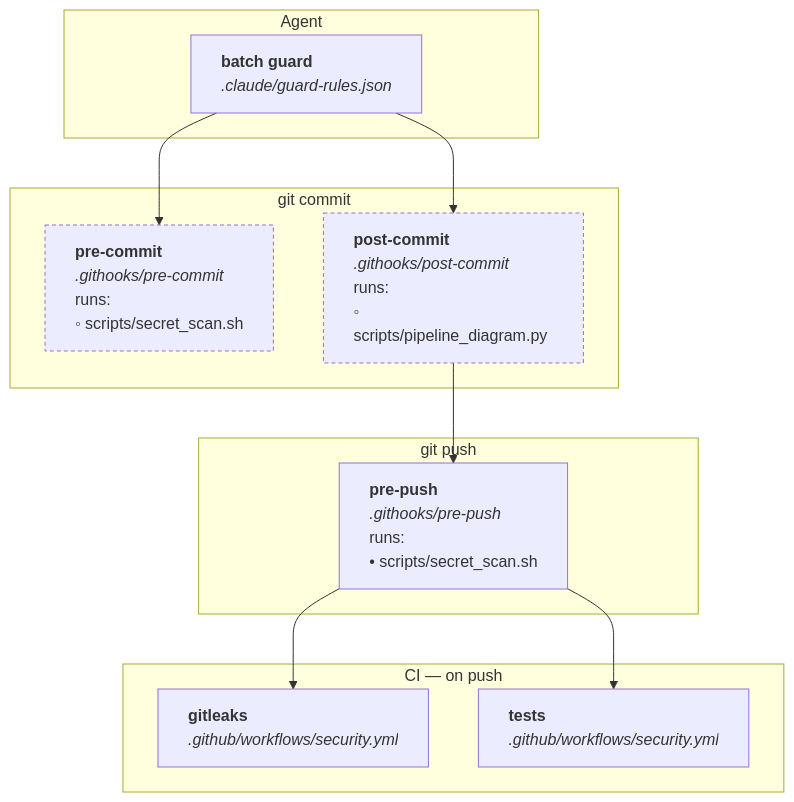
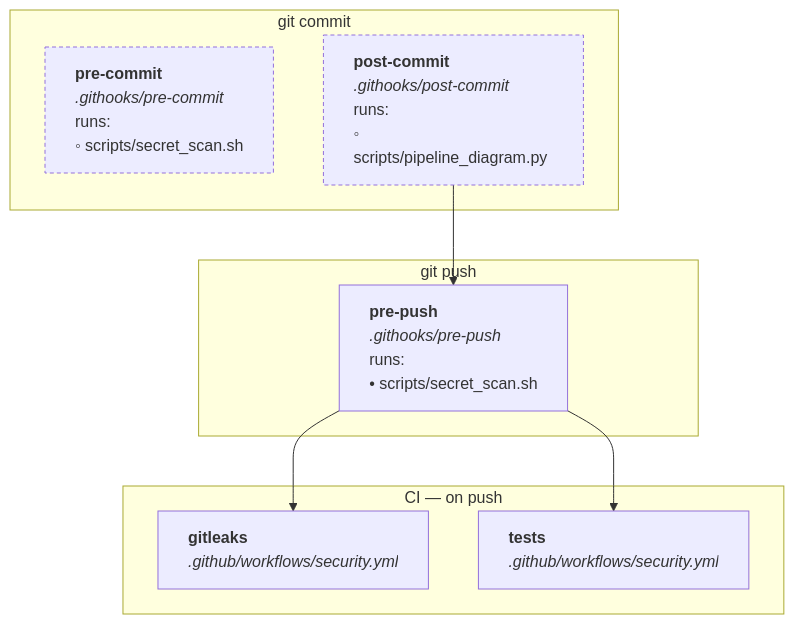
Before and after one commit to buedaswag/dev-setup: the diagram in docs/pipeline.mmd, drawn with Mermaid. The commit also changed 10 other files, not shown here.

```diff
--- a/docs/pipeline.mmd
+++ b/docs/pipeline.mmd
@@ -1,22 +1,17 @@
 graph TD
-    subgraph agent["Agent"]
-        batch_guard["<div style='text-align:left'><b>batch guard</b><br/><i>.claude/guard-rules.json</i></div>"]
-    end
     subgraph commit["git commit"]
         pre_commit["<div style='text-align:left'><b>pre-commit</b><br/><i>.githooks/pre-commit</i><br/>runs:<br/>◦ scripts/secret_scan.sh</div>"]
         post_commit["<div style='text-align:left'><b>post-commit</b><br/><i>.githooks/post-commit</i><br/>runs:<br/>◦ scripts/pipeline_diagram.py</div>"]
     end
     subgraph push["git push"]
         pre_push["<div style='text-align:left'><b>pre-push</b><br/><i>.githooks/pre-push</i><br/>runs:<br/>• scripts/secret_scan.sh</div>"]
     end
     subgraph ci["CI — on push"]
         security_gitleaks["<div style='text-align:left'><b>gitleaks</b><br/><i>.github/workflows/security.yml</i></div>"]
         security_tests["<div style='text-align:left'><b>tests</b><br/><i>.github/workflows/security.yml</i></div>"]
     end
-    batch_guard --> pre_commit
-    batch_guard --> post_commit
     post_commit --> pre_push
     pre_push --> security_gitleaks
     pre_push --> security_tests
     classDef reports stroke-dasharray: 4 3
     class pre_commit,post_commit reports
```
